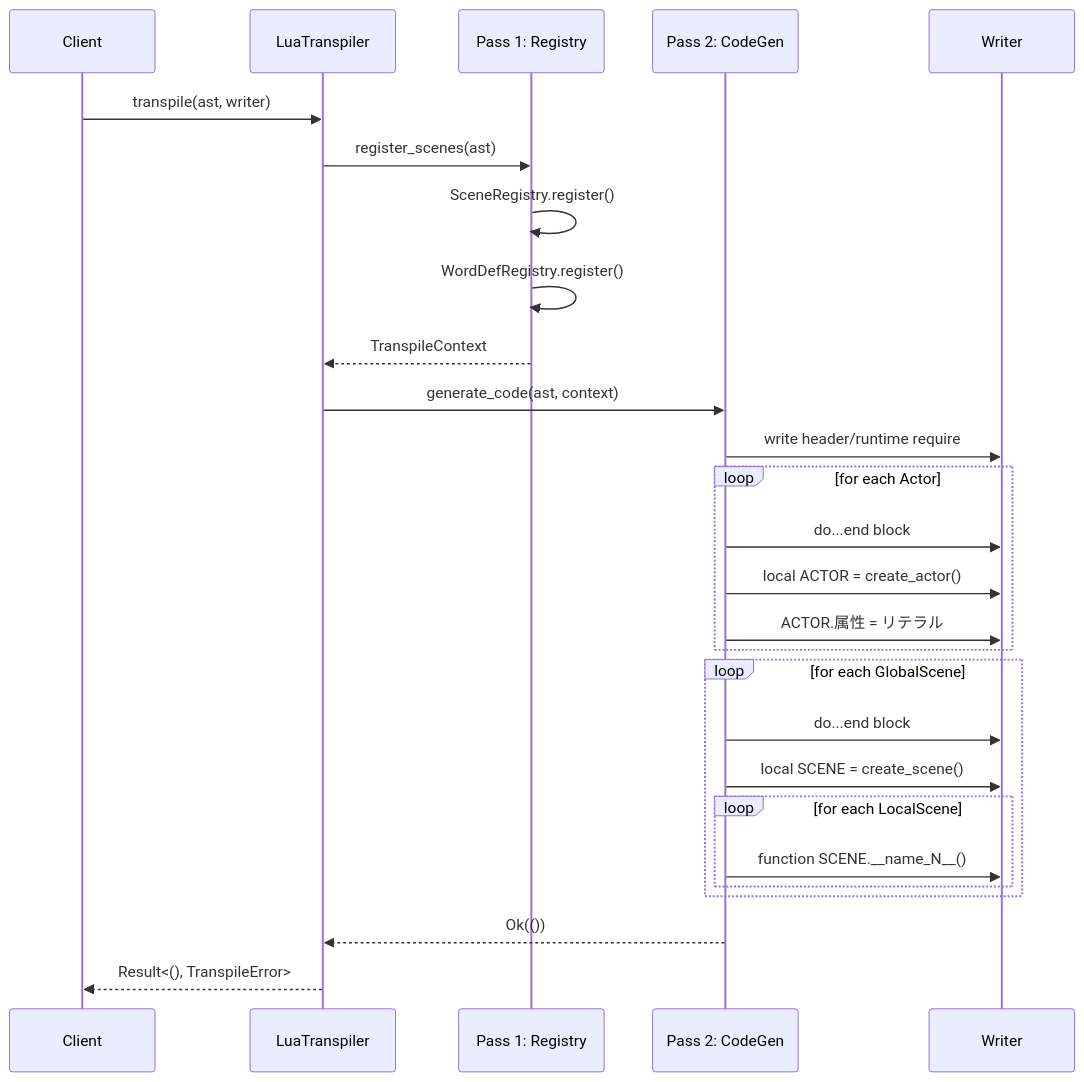
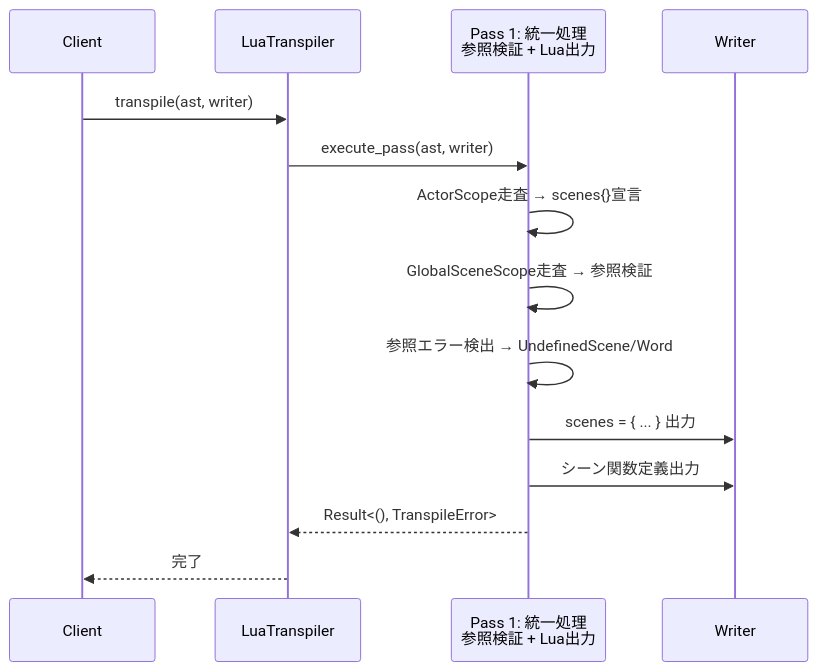
The second of 4 diagrams in .kiro/specs/pasta-lua-specification/design.md (ekicyou/pasta), drawn with Mermaid before and after one commit. The commit also changed other lines of this file and 1 other file, not shown here.

Commit message:
refactor: Pass 1統一設計に確定、参照検証をランタイム層に委譲、CallScene引数処理を明記

````diff
--- a/.kiro/specs/pasta-lua-specification/design.md
+++ b/.kiro/specs/pasta-lua-specification/design.md
@@ -91,35 +91,19 @@
 ```mermaid
 sequenceDiagram
     participant Client
     participant LuaTranspiler
-    participant Pass1 as Pass 1: Registry
-    participant Pass2 as Pass 2: CodeGen
+    participant Pass1 as Pass 1: 統一処理<br/>参照検証 + Lua出力
     participant Writer
     
     Client->>LuaTranspiler: transpile(ast, writer)
     
-    LuaTranspiler->>Pass1: register_scenes(ast)
-    Pass1->>Pass1: SceneRegistry.register()
-    Pass1->>Pass1: WordDefRegistry.register()
-    Pass1-->>LuaTranspiler: TranspileContext
+    LuaTranspiler->>Pass1: execute_pass(ast, writer)
+    Pass1->>Pass1: ActorScope走査 → scenes{}宣言
+    Pass1->>Pass1: GlobalSceneScope走査 → 参照検証
+    Pass1->>Pass1: 参照エラー検出 → UndefinedScene/Word
+    Pass1->>Writer: scenes = { ... } 出力
+    Pass1->>Writer: シーン関数定義出力
+    Pass1-->>LuaTranspiler: Result<(), TranspileError>
     
-    LuaTranspiler->>Pass2: generate_code(ast, context)
-    Pass2->>Writer: write header/runtime require
-    
-    loop for each Actor
-        Pass2->>Writer: do...end block
-        Pass2->>Writer: local ACTOR = create_actor()
-        Pass2->>Writer: ACTOR.属性 = リテラル
-    end
-    
-    loop for each GlobalScene
-        Pass2->>Writer: do...end block
-        Pass2->>Writer: local SCENE = create_scene()
-        loop for each LocalScene
-            Pass2->>Writer: function SCENE.__name_N__()
-        end
-    end
-    
-    Pass2-->>LuaTranspiler: Ok(())
-    LuaTranspiler-->>Client: Result<(), TranspileError>
+    LuaTranspiler-->>Client: 完了
 ```
````
